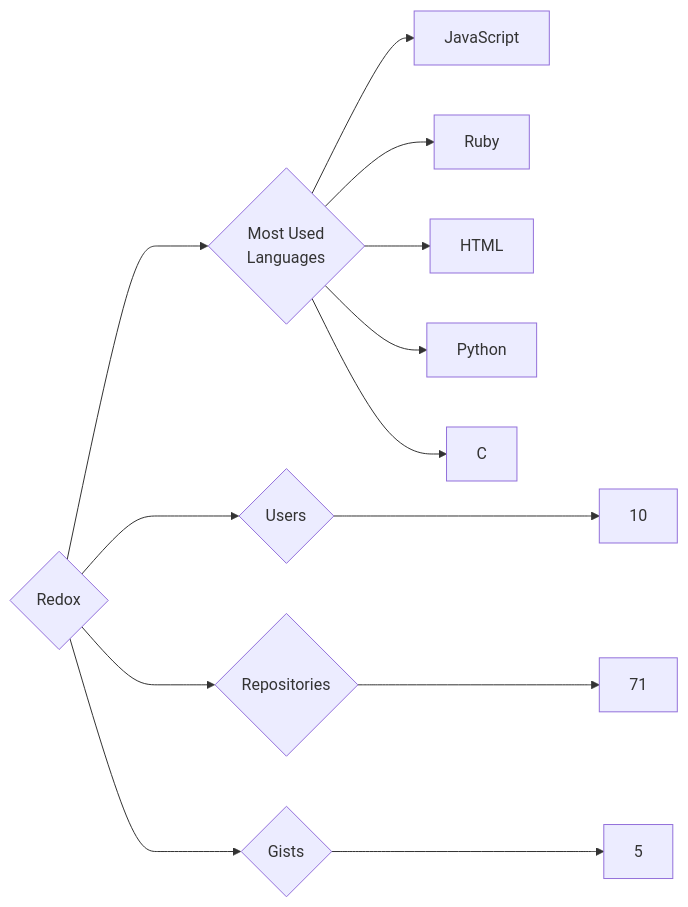
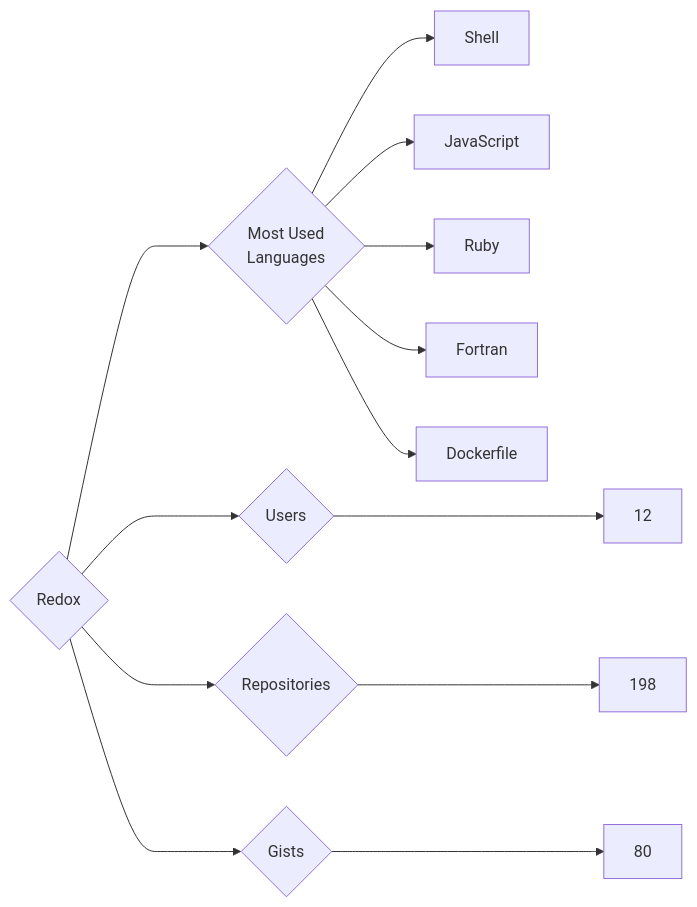
Before and after one commit to trickest/insiders: the diagram in targets/Redox/README.md, drawn with Mermaid. The commit also changed 794 other files, not shown here.

````diff
--- a/targets/Redox/README.md
+++ b/targets/Redox/README.md
@@ -3,13 +3,13 @@
 ```mermaid
 graph LR
 COMPANY_NAME{Redox}
-COMPANY_NAME ---> U{Users} ---> UN[10]
-COMPANY_NAME ---> R{Repositories} ---> RN[71]
-COMPANY_NAME ---> G{Gists} ---> GN[5]
+COMPANY_NAME ---> U{Users} ---> UN[12]
+COMPANY_NAME ---> R{Repositories} ---> RN[198]
+COMPANY_NAME ---> G{Gists} ---> GN[80]
 COMPANY_NAME ---> ML{Most Used<br>Languages}
+ML --> Shell[Shell]
 ML --> JavaScript[JavaScript]
 ML --> Ruby[Ruby]
-ML --> HTML[HTML]
-ML --> Python[Python]
-ML --> C[C]
+ML --> Fortran[Fortran]
+ML --> Dockerfile[Dockerfile]
 ```
````
